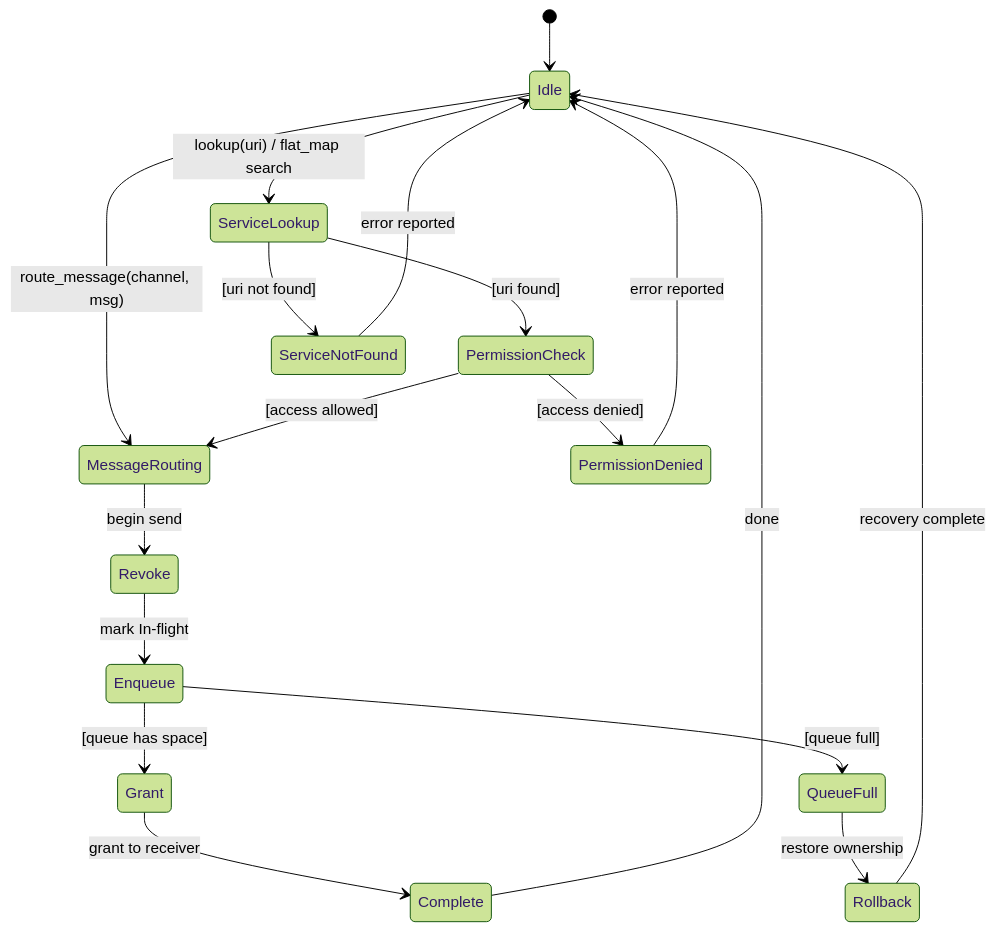
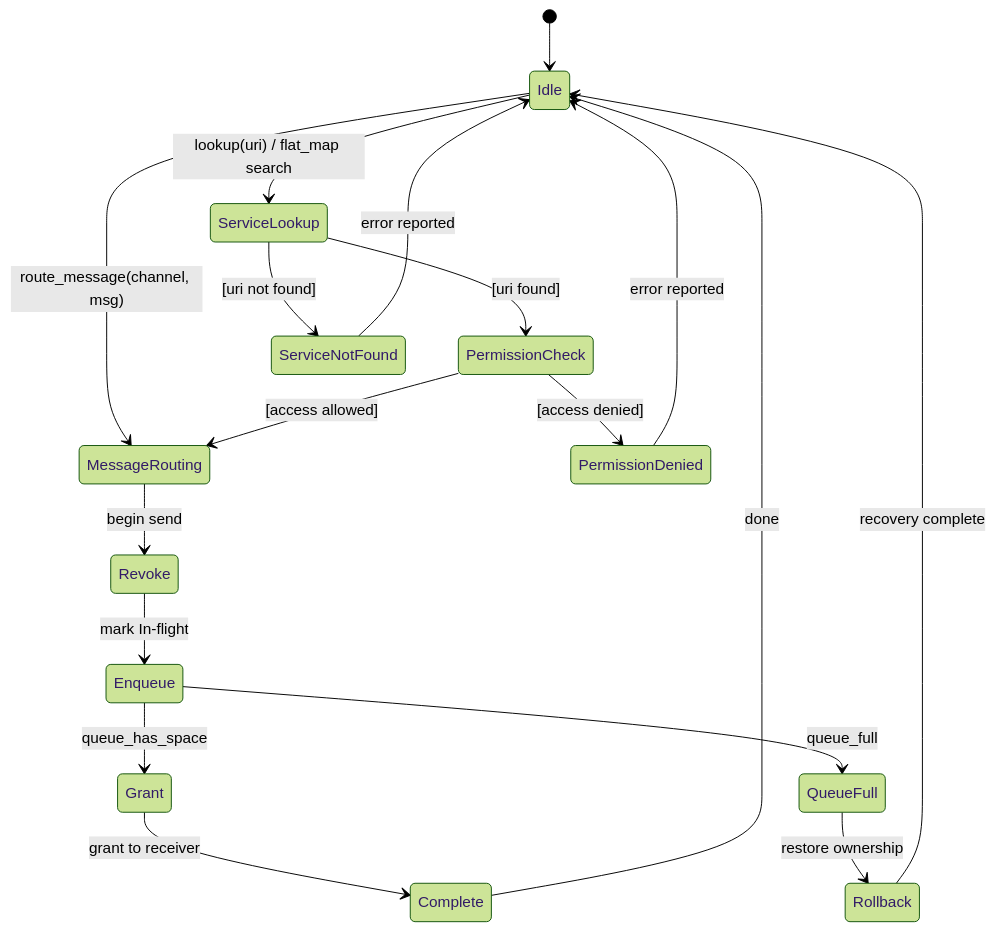
One commit to kmt-t/fireball changed the third of 6 diagrams in docs/components/interface/ipc_router.md. Above: the diagram before and after it, drawn with Mermaid (forest theme). The commit also changed other lines of this file and 3 other files, not shown here.

First line of the commit message:
refactor: extract Mermaid validation rules to CSV config

````diff
--- a/docs/components/interface/ipc_router.md
+++ b/docs/components/interface/ipc_router.md
@@ -150,36 +150,36 @@
 ```mermaid
 stateDiagram-v2
     [*] --> Idle
     
     %% Main service flow
     Idle --> ServiceLookup: lookup(uri) / flat_map search
     Idle --> MessageRouting: route_message(channel, msg)
     
     %% Service Lookup branch
     ServiceLookup --> PermissionCheck: [uri found]
     ServiceLookup --> ServiceNotFound: [uri not found]
     
     %% Permission Check branch
     PermissionCheck --> MessageRouting: [access allowed]
     PermissionCheck --> PermissionDenied: [access denied]
     
     %% Message Routing → Ownership Transfer Pipeline
     MessageRouting --> Revoke: begin send
     Revoke --> Enqueue: mark In-flight
     
     %% Enqueue branch: success or failure
-    Enqueue --> Grant: [queue has space]
-    Enqueue --> QueueFull: [queue full]
+    Enqueue --> Grant: queue_has_space
+    Enqueue --> QueueFull: queue_full
     
     %% Success path
     Grant --> Complete: grant to receiver
     Complete --> Idle: done
     
     %% Error paths → Rollback
     QueueFull --> Rollback: restore ownership
     Rollback --> Idle: recovery complete
     
     %% Error handling → Idle
     ServiceNotFound --> Idle: error reported
     PermissionDenied --> Idle: error reported
 ```
````
